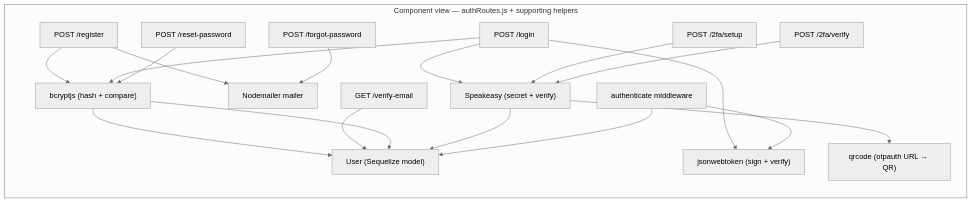
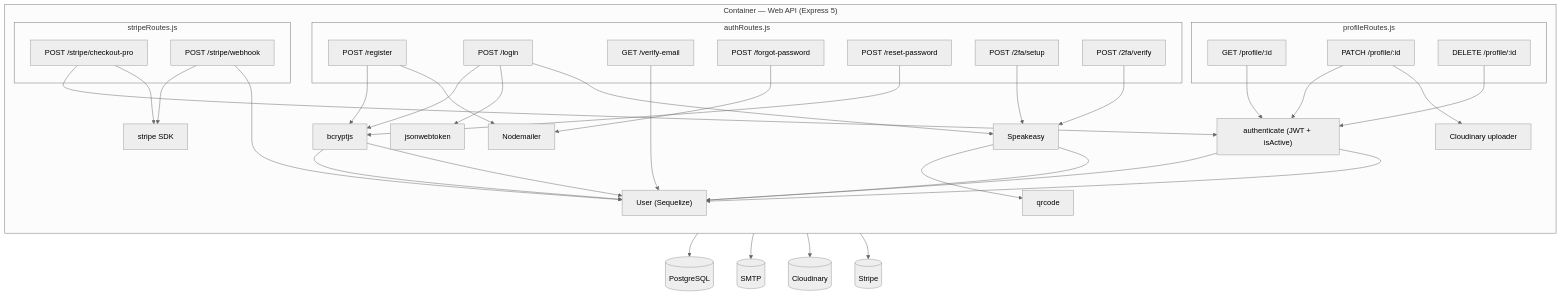
The ninth of 9 diagrams in docs/05_chapitre3_sprint1.md (MaizaAymen/OmniLearn), drawn with Mermaid before and after one commit. The commit also changed other lines of this file and 3 other files, not shown here.

````diff
--- a/docs/05_chapitre3_sprint1.md
+++ b/docs/05_chapitre3_sprint1.md
@@ -414,35 +344,69 @@
 ```mermaid
 %%{init: {"theme":"neutral"} }%%
 flowchart TB
-  subgraph AuthMod["Component view — authRoutes.js + supporting helpers"]
+  subgraph WebAPI["Container — Web API (Express 5)"]
     direction TB
-    Reg["POST /register"]
-    Log["POST /login"]
-    Ver["GET  /verify-email"]
-    For["POST /forgot-password"]
-    Rst["POST /reset-password"]
-    Setup["POST /2fa/setup"]
-    Vfy2["POST /2fa/verify"]
 
-    Hash["bcryptjs (hash + compare)"]
-    JWT["jsonwebtoken (sign + verify)"]
-    TOTP["Speakeasy (secret + verify)"]
-    QR["qrcode (otpauth URL → QR)"]
-    Mailer["Nodemailer mailer"]
-    UserM["User (Sequelize model)"]
-    MW["authenticate middleware"]
+    subgraph AuthC["authRoutes.js"]
+      Reg["POST /register"]
+      Log["POST /login"]
+      Ver["GET  /verify-email"]
+      For["POST /forgot-password"]
+      Rst["POST /reset-password"]
+      Setup["POST /2fa/setup"]
+      Vfy2["POST /2fa/verify"]
+    end
+
+    subgraph ProfC["profileRoutes.js"]
+      Get["GET    /profile/:id"]
+      Patch["PATCH  /profile/:id"]
+      Del["DELETE /profile/:id"]
+    end
+
+    subgraph StrC["stripeRoutes.js"]
+      Co["POST /stripe/checkout-pro"]
+      Wh["POST /stripe/webhook"]
+    end
+
+    MW["authenticate (JWT + isActive)"]
+    UserM["User (Sequelize)"]
+    Hash["bcryptjs"]
+    JWT["jsonwebtoken"]
+    TOTP["Speakeasy"]
+    QR["qrcode"]
+    Mailer["Nodemailer"]
+    CloudUp["Cloudinary uploader"]
+    StripeC["stripe SDK"]
   end
+
+  PG[(PostgreSQL)]
+  SMTP[(SMTP)]
+  CloudExt[(Cloudinary)]
+  StripeExt[(Stripe)]
 
   Reg --> Hash --> UserM
   Reg --> Mailer
   Log --> Hash
   Log --> JWT
   Log --> TOTP
   Ver --> UserM
   For --> Mailer
   Rst --> Hash --> UserM
   Setup --> TOTP --> QR
   Vfy2 --> TOTP --> UserM
-  MW --> JWT
-  MW --> UserM
+
+  Get   --> MW --> UserM
+  Patch --> MW
+  Patch --> CloudUp
+  Del   --> MW --> UserM
+
+  Co --> MW
+  Co --> StripeC
+  Wh --> StripeC
+  Wh --> UserM
+
+  UserM --> PG
+  Mailer --> SMTP
+  CloudUp --> CloudExt
+  StripeC --> StripeExt
 ```
````
